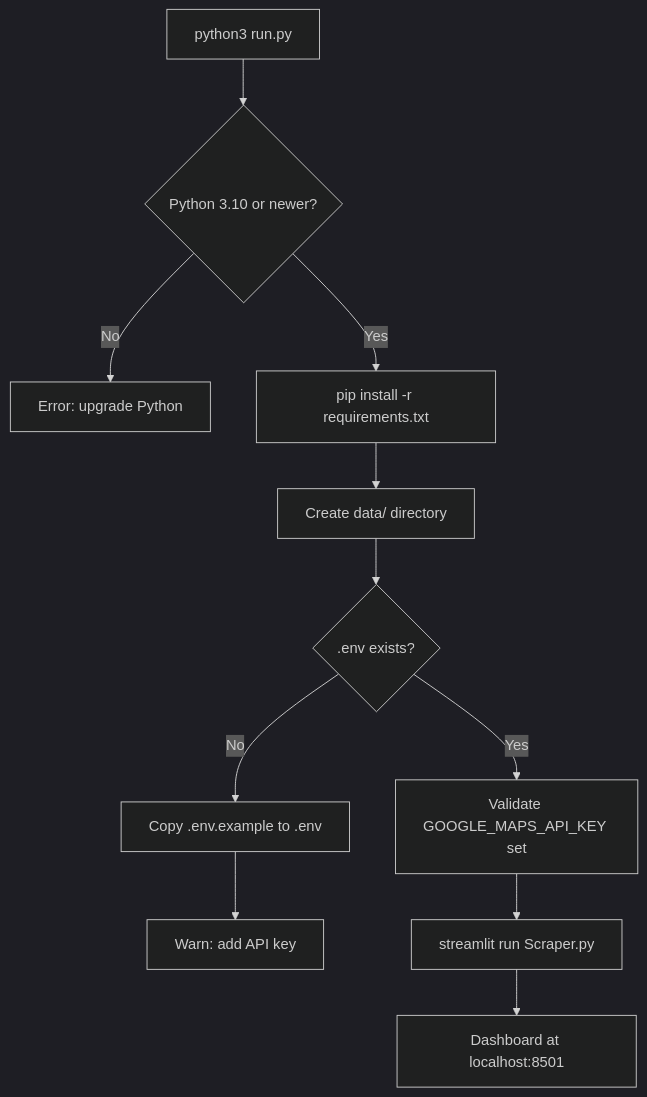
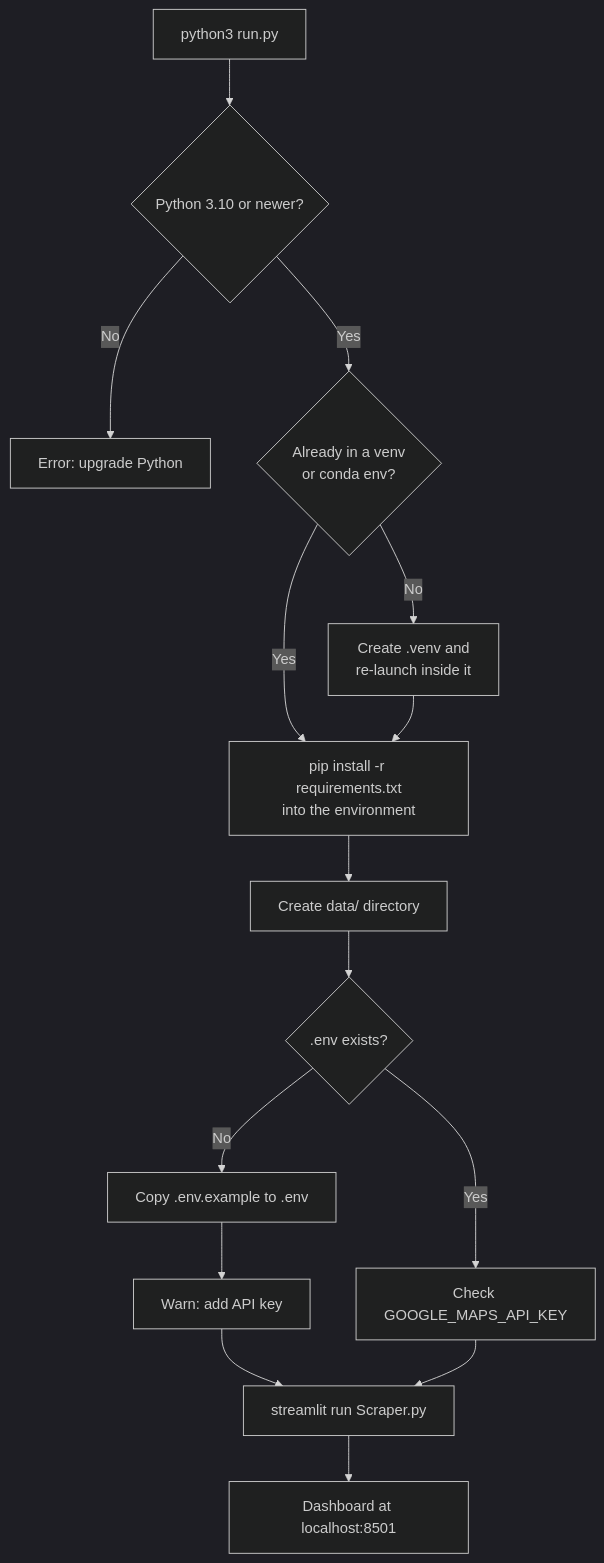
One commit to kdanielyu/CODE1210_Scrape_Workshop changed the second of 44 diagrams in README.md. Above: the diagram before and after it, drawn with Mermaid (dark theme). The commit also changed other lines of this file and 1 other file, not shown here.

````diff
--- a/README.md
+++ b/README.md
@@ -185,13 +188,17 @@
 ```mermaid
 flowchart TD
     A[python3 run.py] --> B{Python 3.10 or newer?}
     B -- No --> C[Error: upgrade Python]
-    B -- Yes --> D[pip install -r requirements.txt]
+    B -- Yes --> V{Already in a venv<br/>or conda env?}
+    V -- No --> W[Create .venv and<br/>re-launch inside it]
+    V -- Yes --> D
+    W --> D[pip install -r requirements.txt<br/>into the environment]
     D --> E[Create data/ directory]
     E --> F{.env exists?}
     F -- No --> G["Copy .env.example to .env"]
     G --> H[Warn: add API key]
-    F -- Yes --> I[Validate GOOGLE_MAPS_API_KEY set]
-    I --> J[streamlit run Scraper.py]
+    F -- Yes --> I[Check GOOGLE_MAPS_API_KEY]
+    H --> J[streamlit run Scraper.py]
+    I --> J
     J --> K[Dashboard at localhost:8501]
 ```
````
